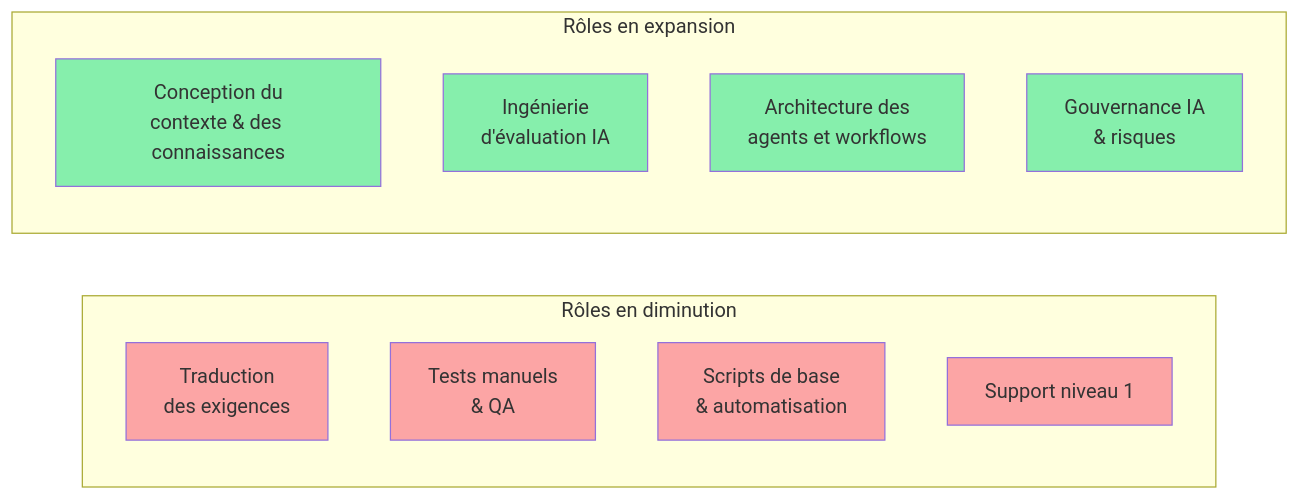
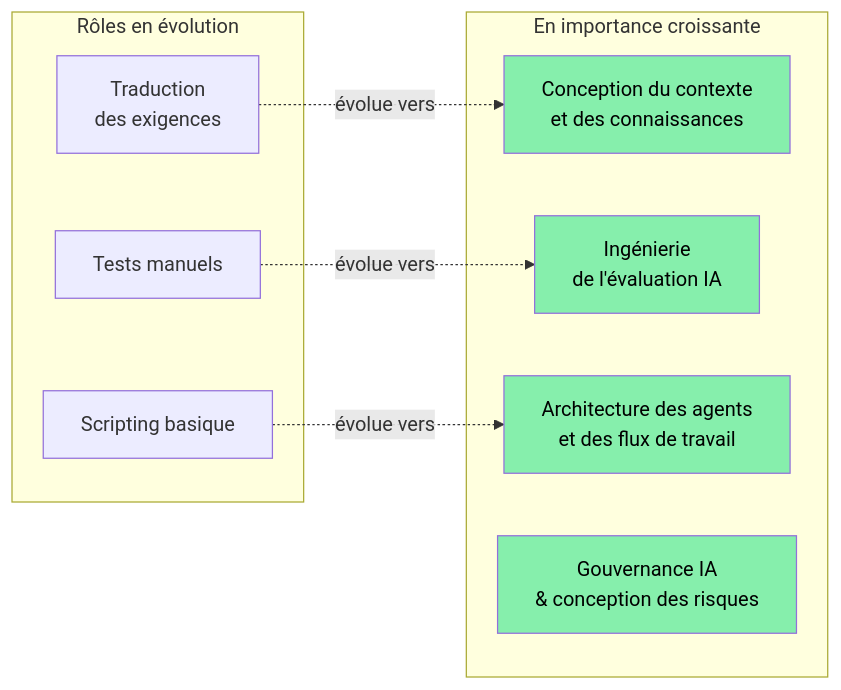
The fourth of 4 diagrams in src/content/fr/blog/it-org-ai-transformation.md (fps4/web-faridgurbanov), drawn with Mermaid before and after one commit. The commit also changed other lines of this file and 13 other files, not shown here.

````diff
--- a/src/content/fr/blog/it-org-ai-transformation.md
+++ b/src/content/fr/blog/it-org-ai-transformation.md
@@ -143,25 +139,24 @@
 ```mermaid
 flowchart LR
-    subgraph "Rôles en diminution"
+    subgraph "Rôles en évolution"
         A["Traduction\ndes exigences"]
-        B["Tests manuels\n& QA"]
-        C["Scripts de base\n& automatisation"]
-        D["Support niveau 1"]
+        B["Tests manuels"]
+        C["Scripting basique"]
     end
 
-    subgraph "Rôles en expansion"
-        E["Conception du\ncontexte & des connaissances"]
-        F["Ingénierie\nd'évaluation IA"]
-        G["Architecture des\nagents et workflows"]
-        H["Gouvernance IA\n& risques"]
+    subgraph "En importance croissante"
+        D["Conception du contexte\net des connaissances"]
+        E["Ingénierie\nde l'évaluation IA"]
+        F["Architecture des agents\net des flux de travail"]
+        G["Gouvernance IA\n& conception des risques"]
     end
 
-    style A fill:#fca5a5
-    style B fill:#fca5a5
-    style C fill:#fca5a5
-    style D fill:#fca5a5
-    style E fill:#86efac
-    style F fill:#86efac
-    style G fill:#86efac
-    style H fill:#86efac
+    A -.->|"évolue vers"| D
+    B -.->|"évolue vers"| E
+    C -.->|"évolue vers"| F
+
+    style D fill:#86efac,color:#000
+    style E fill:#86efac,color:#000
+    style F fill:#86efac,color:#000
+    style G fill:#86efac,color:#000
 ```
````
